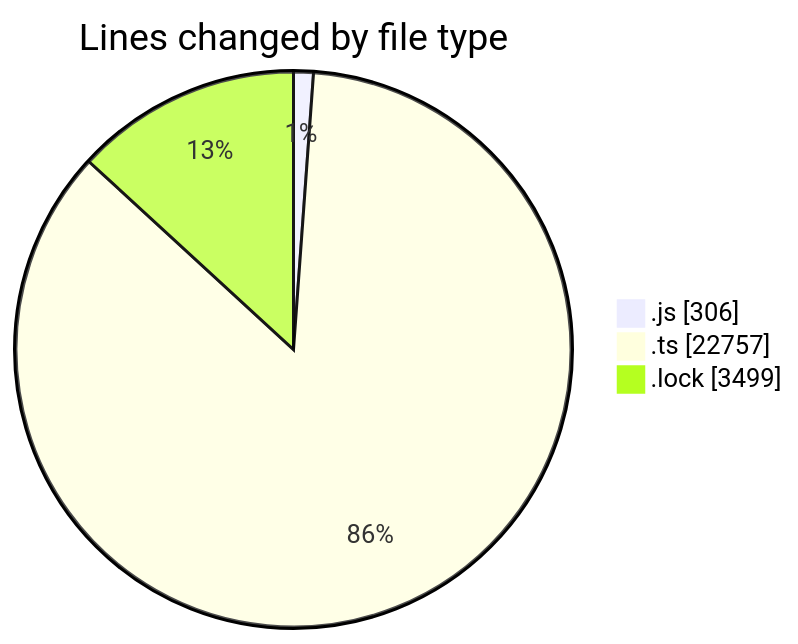
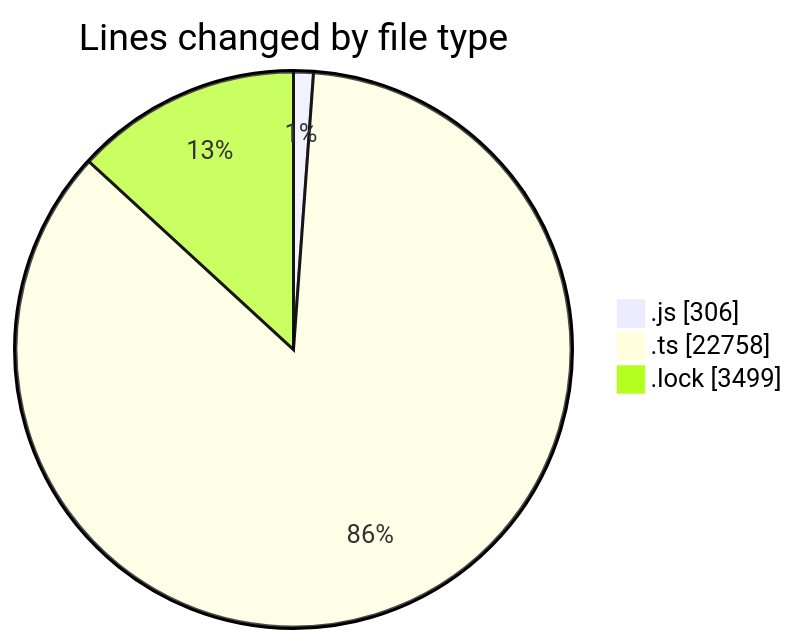
The first of 2 diagrams in 2025-05-27/cda/README.md (momahboobian/code-tracking), drawn with Mermaid before and after one commit. The commit also changed other lines of this file and 1 other file, not shown here.

````diff
--- a/2025-05-27/cda/README.md
+++ b/2025-05-27/cda/README.md
@@ -28,7 +28,7 @@
 ```mermaid
 pie showData
 title Lines changed by file type
 ".js" : 306
-".ts" : 22757
+".ts" : 22758
 ".lock" : 3499
 ```
````
